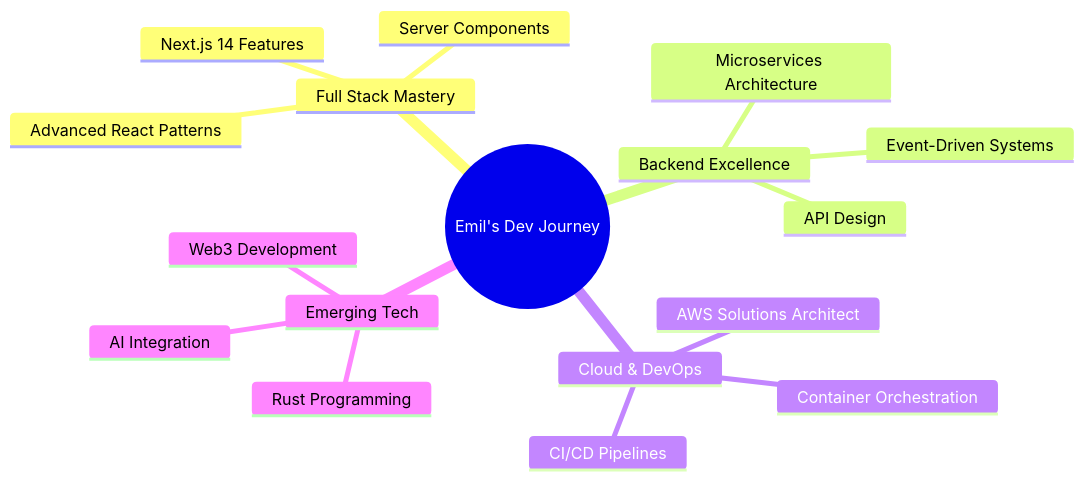
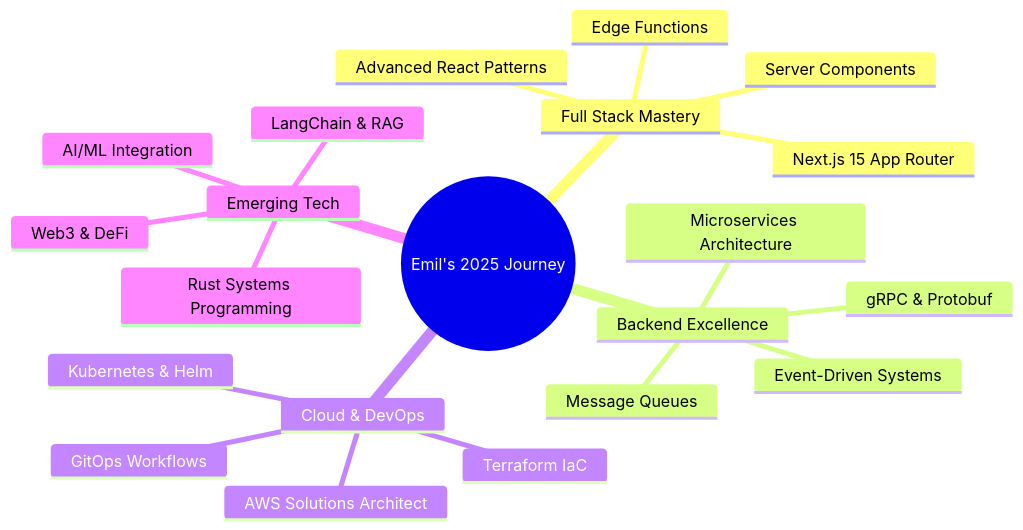
Before and after one commit to EmilSaji/EmilSaji: the diagram in README.md, drawn with Mermaid. The commit also changed other lines of this file, not shown here.

````diff
--- a/README.md
+++ b/README.md
@@ -113,20 +183,24 @@
 ```mermaid
 mindmap
-  root((Emil's Dev Journey))
+  root((Emil's 2025 Journey))
     Full Stack Mastery
       Advanced React Patterns
-      Next.js 14 Features
+      Next.js 15 App Router
       Server Components
+      Edge Functions
     Backend Excellence
       Microservices Architecture
       Event-Driven Systems
-      API Design
+      gRPC & Protobuf
+      Message Queues
     Cloud & DevOps
       AWS Solutions Architect
-      Container Orchestration
-      CI/CD Pipelines
+      Kubernetes & Helm
+      Terraform IaC
+      GitOps Workflows
     Emerging Tech
-      Web3 Development
-      Rust Programming
-      AI Integration
+      Web3 & DeFi
+      Rust Systems Programming
+      AI/ML Integration
+      LangChain & RAG
 ```
````
